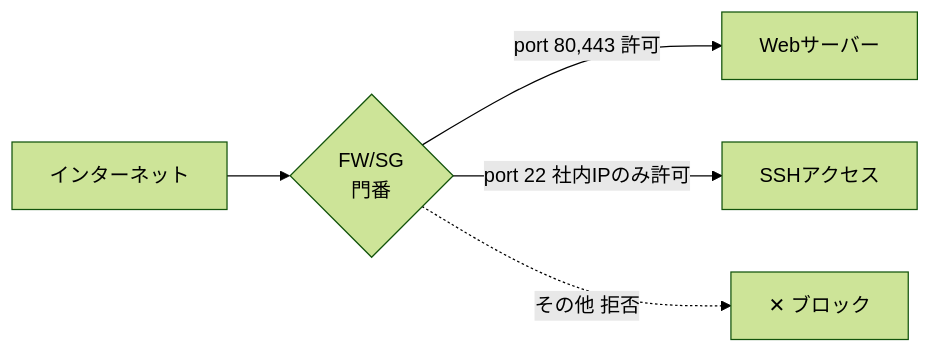
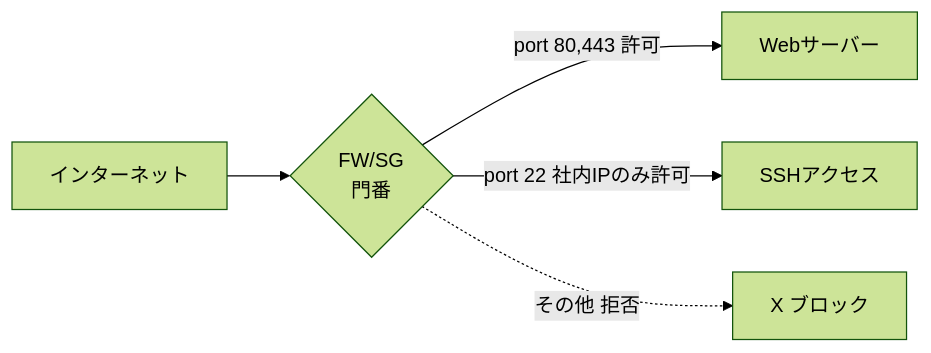
Before and after one commit to x86-unix/docs: diagram 12 of 20 in training/basics.md, drawn with Mermaid (forest theme). The commit also changed other lines of this file, not shown here.

Commit message:
fix: mermaid図内のUnicode矢印文字を修正

````diff
--- a/training/basics.md
+++ b/training/basics.md
@@ -558,7 +558,7 @@
 ```mermaid
 graph LR
     Internet[インターネット] --> FW{FW/SG<br/>門番}
     FW -->|port 80,443 許可| Web[Webサーバー]
     FW -->|port 22 社内IPのみ許可| SSH[SSHアクセス]
-    FW -.->|その他 拒否| X[✕ ブロック]
+    FW -.->|その他 拒否| X[X ブロック]
 ```
````
